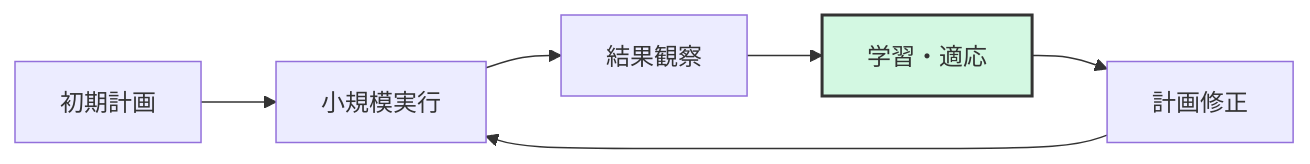
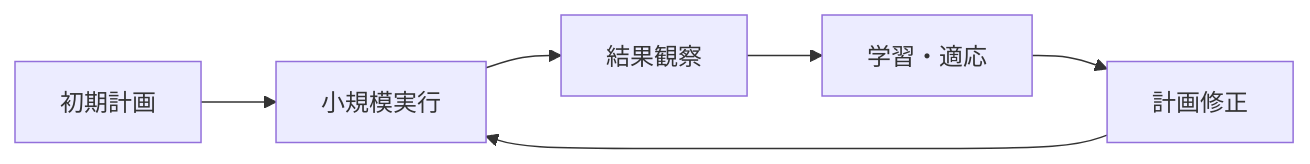
One commit to shuji-bonji/Situational-Awareness-and-Decision-Making changed the fourth of 10 diagrams in docs/decision-making-guide/decision-models.md. Above: the diagram before and after it, drawn with Mermaid. The commit also changed other lines of this file and 49 other files, not shown here.

Commit message:
fix: ダークモードで見づらい図の色の変更

````diff
--- a/docs/decision-making-guide/decision-models.md
+++ b/docs/decision-making-guide/decision-models.md
@@ -229,10 +229,10 @@
     ```mermaid
     graph LR
         A[初期計画] --> B[小規模実行]
         B --> C[結果観察]
         C --> D[学習・適応]
         D --> E[計画修正]
         E --> B
         
-        style D fill:#d3f8e2,stroke:#333,stroke-width:2px
+    
     ```
````
